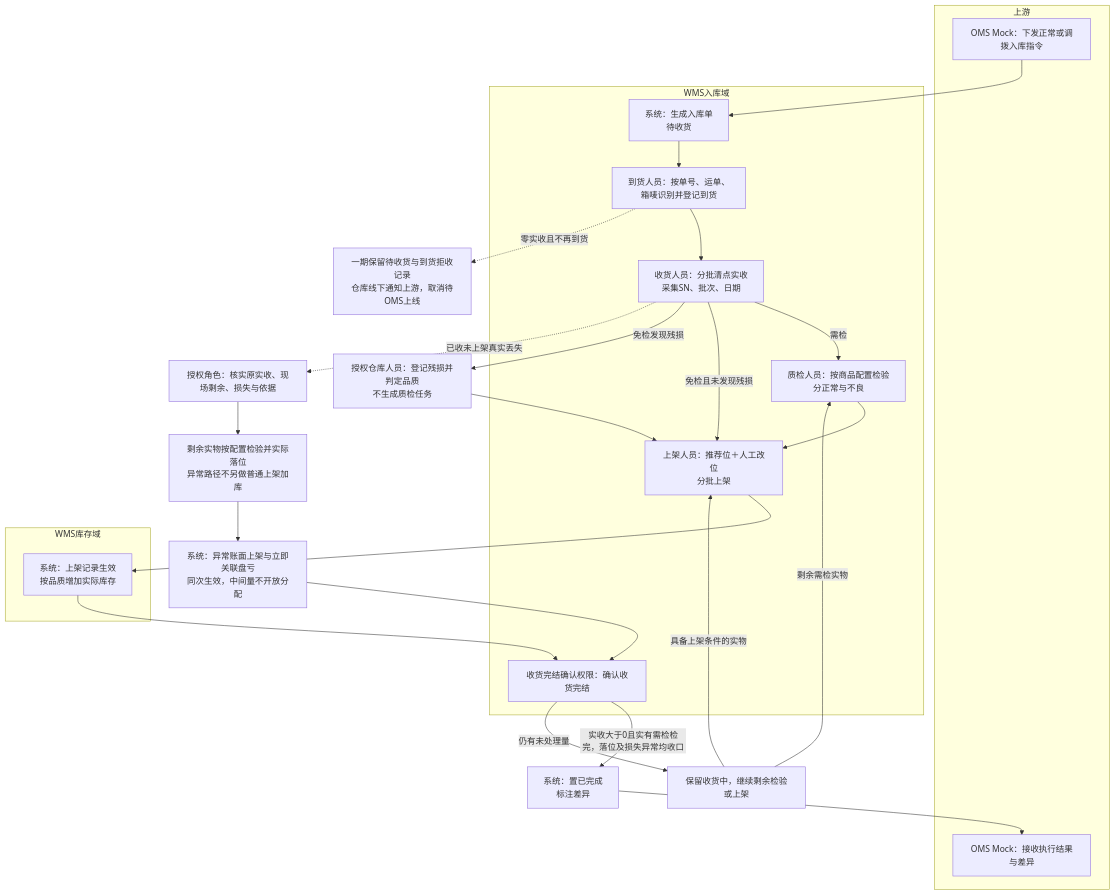
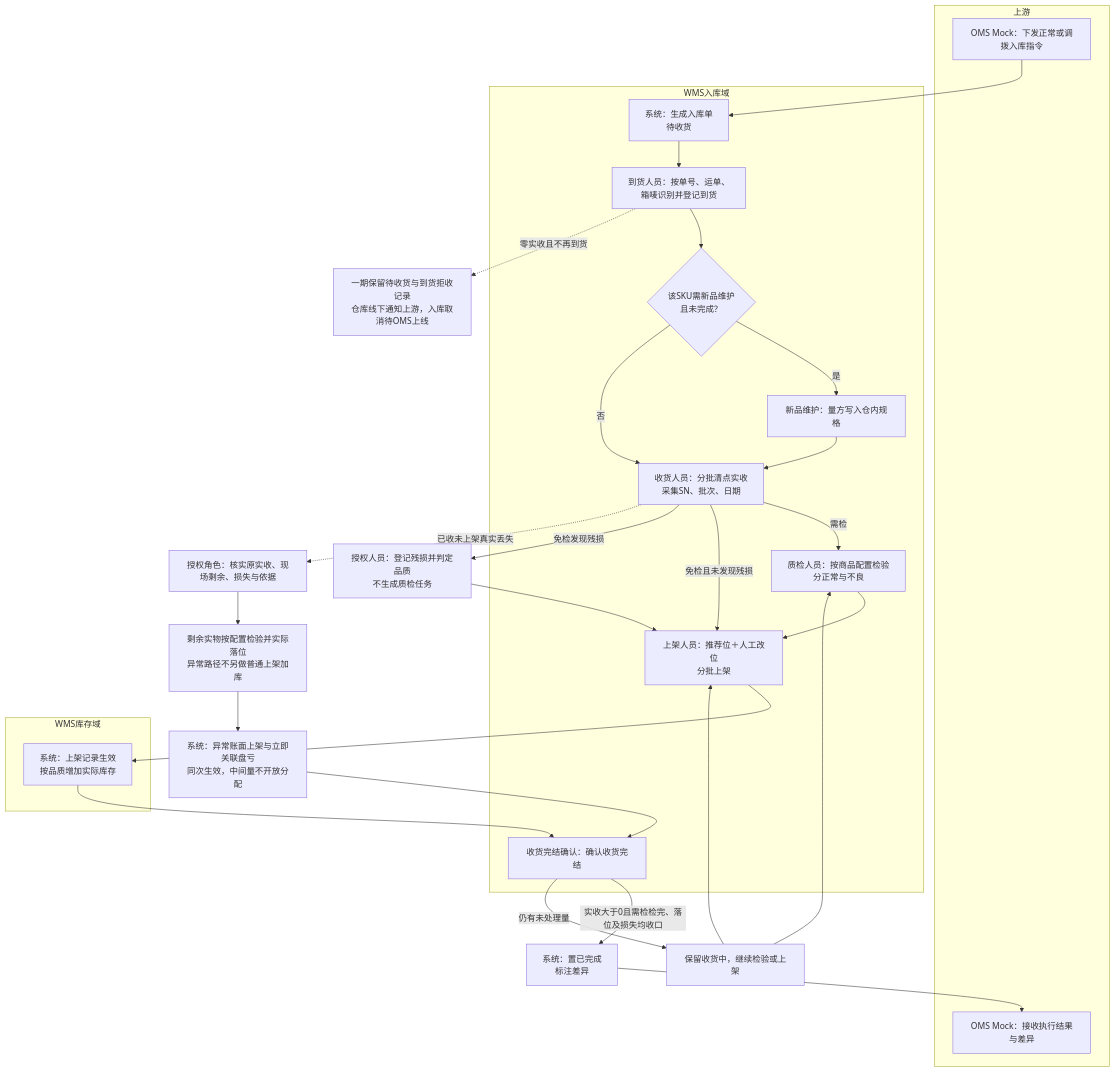
One commit to TopVitamin/QS-WMS-Project changed the second of 6 diagrams in 05-应用设计方案/20261002-MVP版本/系统架构设计/01-系统流程与单据交互.md. Above: the diagram before and after it, drawn with Mermaid. The commit also changed other lines of this file and 82 other files, not shown here.

````diff
--- a/05-应用设计方案/20261002-MVP版本/系统架构设计/01-系统流程与单据交互.md
+++ b/05-应用设计方案/20261002-MVP版本/系统架构设计/01-系统流程与单据交互.md
@@ -53,38 +66,43 @@
 ```mermaid
 flowchart TB
     subgraph 上游
         M1[OMS Mock：下发正常或调拨入库指令]
         M2[OMS Mock：接收执行结果与差异]
     end
     subgraph WMS入库域
         E1[系统：生成入库单<br/>待收货]
         R1[到货人员：按单号、运单、<br/>箱唛识别并登记到货]
+        NM{该SKU需新品维护<br/>且未完成？}
+        NP[新品维护：量方写入仓内规格]
         R2[收货人员：分批清点实收<br/>采集SN、批次、日期]
         Q1[质检人员：按商品配置检验<br/>分正常与不良]
         P1[上架人员：推荐位＋人工改位<br/>分批上架]
-        C1[收货完结确认权限：确认收货完结]
+        C1[收货完结确认：确认收货完结]
     end
     subgraph WMS库存域
         I1[系统：上架记录生效<br/>按品质增加实际库存]
     end
     M1 --> E1
     E1 --> R1
-    R1 --> R2
+    R1 --> NM
+    NM -->|是| NP
+    NP --> R2
+    NM -->|否| R2
     R2 -->|需检| Q1
     Q1 --> P1
     R2 -->|免检且未发现残损| P1
-    R2 -->|免检发现残损| Q2[授权仓库人员：登记残损并判定品质<br/>不生成质检任务]
+    R2 -->|免检发现残损| Q2[授权人员：登记残损并判定品质<br/>不生成质检任务]
     Q2 --> P1
     P1 --> I1
     I1 --> C1
-    C1 -->|实收大于0且实有需检检完，落位及损失异常均收口| E2[系统：置已完成<br/>标注差异]
+    C1 -->|实收大于0且需检检完、落位及损失均收口| E2[系统：置已完成<br/>标注差异]
     E2 --> M2
-    C1 -->|仍有未处理量| R3[保留收货中，继续剩余检验或上架]
-    R3 -->|剩余需检实物| Q1
-    R3 -->|具备上架条件的实物| P1
-    R1 -.->|零实收且不再到货| Z1[一期保留待收货与到货拒收记录<br/>仓库线下通知上游，取消待OMS上线]
+    C1 -->|仍有未处理量| R3[保留收货中，继续检验或上架]
+    R3 --> Q1
+    R3 --> P1
+    R1 -.->|零实收且不再到货| Z1[一期保留待收货与到货拒收记录<br/>仓库线下通知上游，入库取消待OMS上线]
     R2 -.->|已收未上架真实丢失| X1[授权角色：核实原实收、现场剩余、损失与依据]
     X1 --> X2[剩余实物按配置检验并实际落位<br/>异常路径不另做普通上架加库]
     X2 --> X3[系统：异常账面上架与立即关联盘亏<br/>同次生效，中间量不开放分配]
     X3 --> C1
 ```
````
